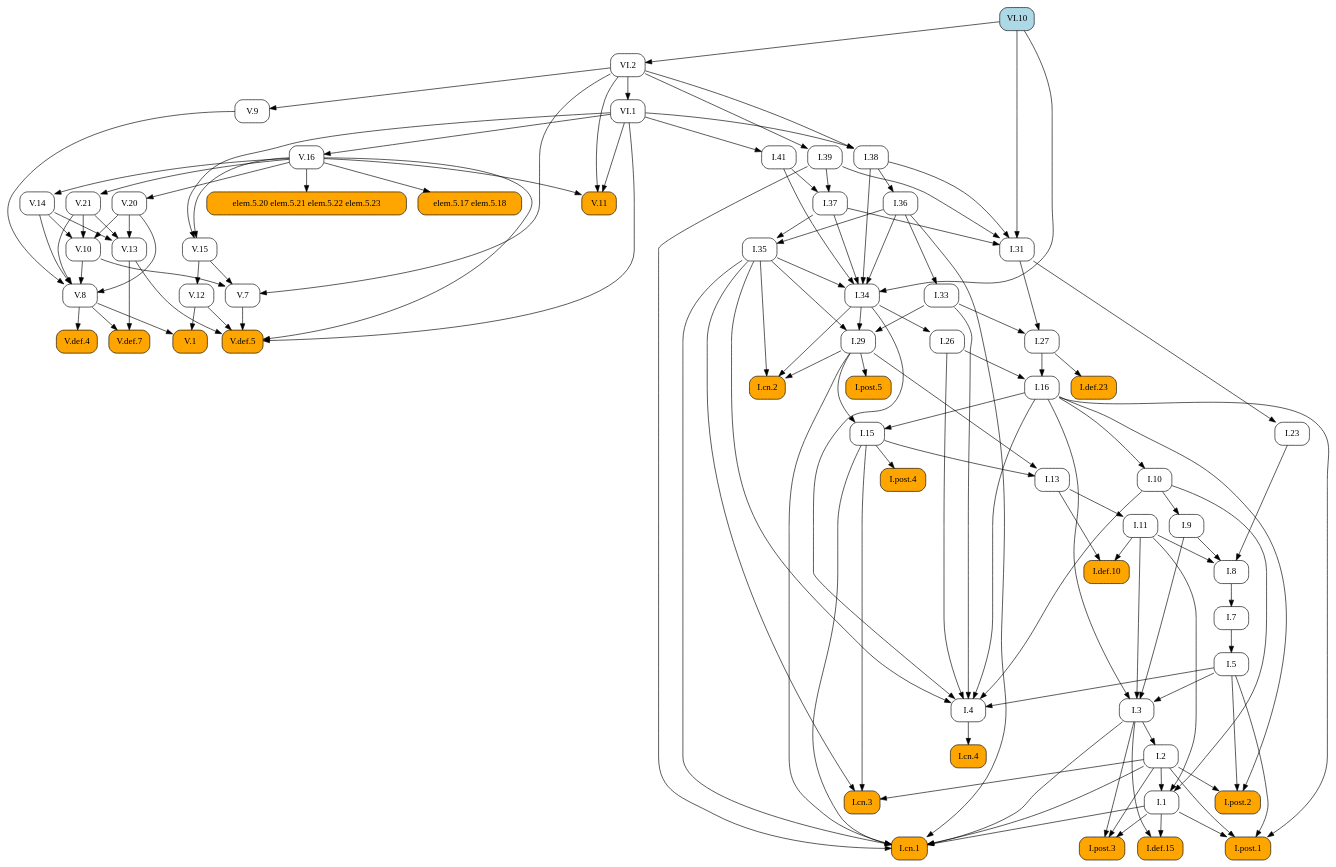
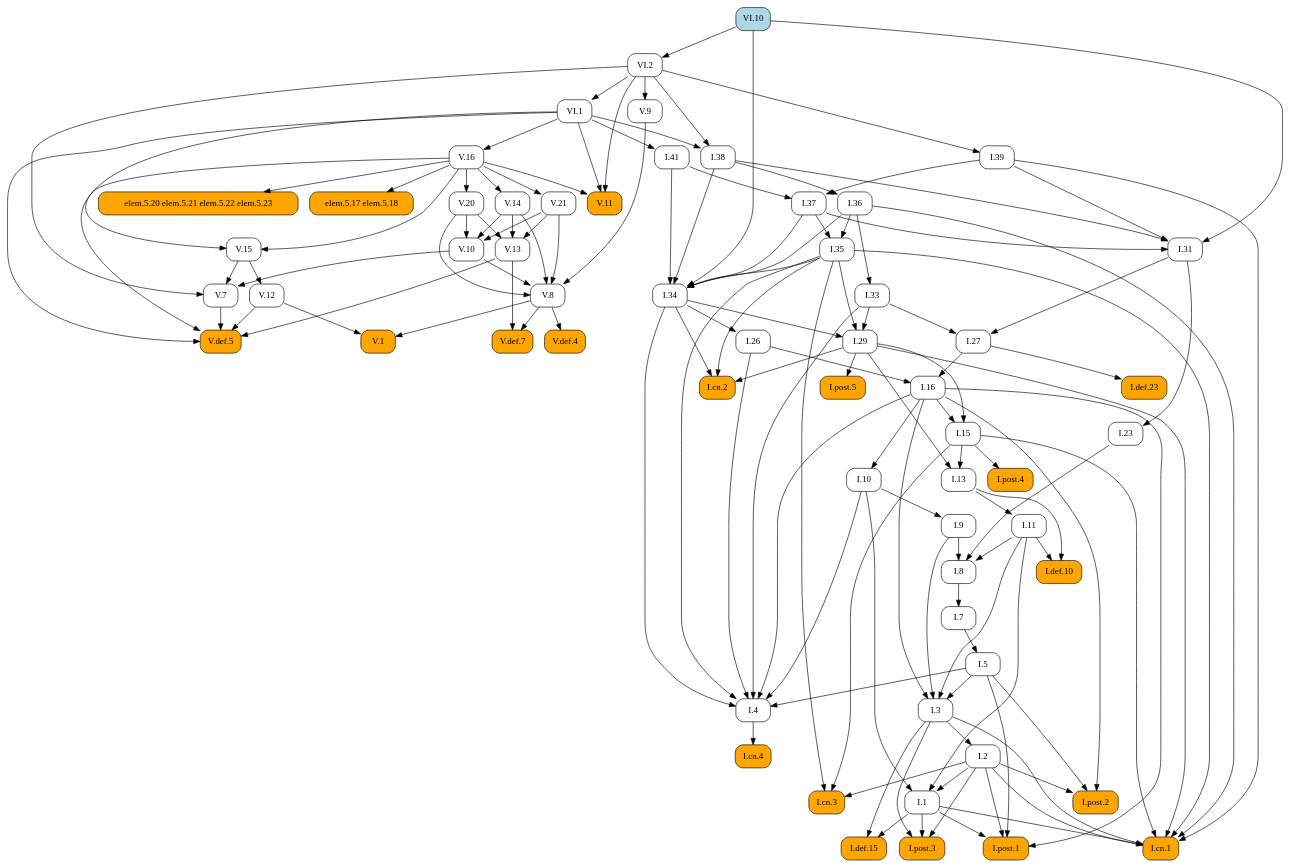
Before and after one commit to geometor/elements: the diagram in docsrc/heath/VI/10/index.rst, drawn with Graphviz. The commit also changed other lines of this file and 484 other files, not shown here.

```diff
--- a/docsrc/heath/VI/10/index.rst
+++ b/docsrc/heath/VI/10/index.rst
@@ -45,106 +45,123 @@
    digraph {
      rankdir="TB";
      node [shape=box, style=rounded];
-     "I.def.10" [style="rounded,filled", fillcolor=orange, URL="/heath/I/def.10/", target="_top"];
-     "I.11" [URL="/heath/I/11/", target="_top"];
-     "I.post.4" [style="rounded,filled", fillcolor=orange, URL="/heath/I/post.4/", target="_top"];
-     "I.1" [URL="/heath/I/1/", target="_top"];
-     "I.39" [URL="/heath/I/39/", target="_top"];
-     "I.26" [URL="/heath/I/26/", target="_top"];
-     "V.14" [URL="/heath/V/14/", target="_top"];
-     "I.29" [URL="/heath/I/29/", target="_top"];
-     "V.def.5" [style="rounded,filled", fillcolor=orange, URL="/heath/V/def.5/", target="_top"];
-     "V.12" [URL="/heath/V/12/", target="_top"];
-     "VI.10" [style="rounded,filled", fillcolor=lightblue, URL="/heath/VI/10/", target="_top"];
-     "I.cn.2" [style="rounded,filled", fillcolor=orange, URL="/heath/I/cn.2/", target="_top"];
-     "V.20" [URL="/heath/V/20/", target="_top"];
-     "V.10" [URL="/heath/V/10/", target="_top"];
-     "V.11" [style="rounded,filled", fillcolor=orange, URL="/heath/V/11/", target="_top"];
-     "VI.2" [URL="/heath/VI/2/", target="_top"];
-     "V.13" [URL="/heath/V/13/", target="_top"];
-     "I.def.15" [style="rounded,filled", fillcolor=orange, URL="/heath/I/def.15/", target="_top"];
-     "V.15" [URL="/heath/V/15/", target="_top"];
-     "VI.1" [URL="/heath/VI/1/", target="_top"];
-     "I.post.3" [style="rounded,filled", fillcolor=orange, URL="/heath/I/post.3/", target="_top"];
-     "I.cn.1" [style="rounded,filled", fillcolor=orange, URL="/heath/I/cn.1/", target="_top"];
-     "I.cn.3" [style="rounded,filled", fillcolor=orange, URL="/heath/I/cn.3/", target="_top"];
-     "V.7" [URL="/heath/V/7/", target="_top"];
-     "V.9" [URL="/heath/V/9/", target="_top"];
      "V.16" [URL="/heath/V/16/", target="_top"];
      "I.23" [URL="/heath/I/23/", target="_top"];
+     "I.9" [URL="/heath/I/9/", target="_top"];
+     "I.33" [URL="/heath/I/33/", target="_top"];
+     "I.def.15" [style="rounded,filled", fillcolor=orange, URL="/heath/I/def.15/", target="_top"];
+     "V.13" [URL="/heath/V/13/", target="_top"];
+     "V.7" [URL="/heath/V/7/", target="_top"];
+     "elem.5.17 elem.5.18" [style="rounded,filled", fillcolor=orange];
+     "I.post.3" [style="rounded,filled", fillcolor=orange, URL="/heath/I/post.3/", target="_top"];
      "I.post.1" [style="rounded,filled", fillcolor=orange, URL="/heath/I/post.1/", target="_top"];
+     "V.14" [URL="/heath/V/14/", target="_top"];
+     "V.def.5" [style="rounded,filled", fillcolor=orange, URL="/heath/V/def.5/", target="_top"];
+     "V.9" [URL="/heath/V/9/", target="_top"];
+     "I.31" [URL="/heath/I/31/", target="_top"];
+     "I.def.10" [style="rounded,filled", fillcolor=orange, URL="/heath/I/def.10/", target="_top"];
+     "V.10" [URL="/heath/V/10/", target="_top"];
+     "VI.1" [URL="/heath/VI/1/", target="_top"];
+     "I.27" [URL="/heath/I/27/", target="_top"];
+     "I.39" [URL="/heath/I/39/", target="_top"];
+     "V.20" [URL="/heath/V/20/", target="_top"];
+     "V.11" [style="rounded,filled", fillcolor=orange, URL="/heath/V/11/", target="_top"];
+     "I.34" [URL="/heath/I/34/", target="_top"];
+     "V.12" [URL="/heath/V/12/", target="_top"];
+     "I.3" [URL="/heath/I/3/", target="_top"];
+     "V.def.4" [style="rounded,filled", fillcolor=orange, URL="/heath/V/def.4/", target="_top"];
      "I.35" [URL="/heath/I/35/", target="_top"];
+     "I.cn.1" [style="rounded,filled", fillcolor=orange, URL="/heath/I/cn.1/", target="_top"];
+     "I.7" [URL="/heath/I/7/", target="_top"];
+     "V.def.7" [style="rounded,filled", fillcolor=orange, URL="/heath/V/def.7/", target="_top"];
+     "V.21" [URL="/heath/V/21/", target="_top"];
+     "I.2" [URL="/heath/I/2/", target="_top"];
+     "VI.10" [style="rounded,filled", fillcolor=lightblue, URL="/heath/VI/10/", target="_top"];
      "I.36" [URL="/heath/I/36/", target="_top"];
-     "I.27" [URL="/heath/I/27/", target="_top"];
+     "I.13" [URL="/heath/I/13/", target="_top"];
+     "I.post.4" [style="rounded,filled", fillcolor=orange, URL="/heath/I/post.4/", target="_top"];
+     "I.4" [URL="/heath/I/4/", target="_top"];
+     "I.1" [URL="/heath/I/1/", target="_top"];
+     "I.5" [URL="/heath/I/5/", target="_top"];
+     "I.8" [URL="/heath/I/8/", target="_top"];
+     "I.37" [URL="/heath/I/37/", target="_top"];
+     "I.29" [URL="/heath/I/29/", target="_top"];
+     "I.cn.3" [style="rounded,filled", fillcolor=orange, URL="/heath/I/cn.3/", target="_top"];
+     "I.16" [URL="/heath/I/16/", target="_top"];
+     "I.38" [URL="/heath/I/38/", target="_top"];
      "V.8" [URL="/heath/V/8/", target="_top"];
+     "I.15" [URL="/heath/I/15/", target="_top"];
+     "I.10" [URL="/heath/I/10/", target="_top"];
+     "I.11" [URL="/heath/I/11/", target="_top"];
+     "I.def.23" [style="rounded,filled", fillcolor=orange, URL="/heath/I/def.23/", target="_top"];
+     "V.1" [style="rounded,filled", fillcolor=orange, URL="/heath/V/1/", target="_top"];
+     "I.cn.2" [style="rounded,filled", fillcolor=orange, URL="/heath/I/cn.2/", target="_top"];
+     "I.post.5" [style="rounded,filled", fillcolor=orange, URL="/heath/I/post.5/", target="_top"];
+     "VI.2" [URL="/heath/VI/2/", target="_top"];
+     "I.cn.4" [style="rounded,filled", fillcolor=orange, URL="/heath/I/cn.4/", target="_top"];
      "I.41" [URL="/heath/I/41/", target="_top"];
-     "I.37" [URL="/heath/I/37/", target="_top"];
-     "I.34" [URL="/heath/I/34/", target="_top"];
-     "I.7" [URL="/heath/I/7/", target="_top"];
-     "I.3" [URL="/heath/I/3/", target="_top"];
-     "I.2" [URL="/heath/I/2/", target="_top"];
-     "I.4" [URL="/heath/I/4/", target="_top"];
-     "I.def.23" [style="rounded,filled", fillcolor=orange, URL="/heath/I/def.23/", target="_top"];
-     "I.13" [URL="/heath/I/13/", target="_top"];
-     "I.33" [URL="/heath/I/33/", target="_top"];
-     "I.31" [URL="/heath/I/31/", target="_top"];
+     "V.15" [URL="/heath/V/15/", target="_top"];
      "I.post.2" [style="rounded,filled", fillcolor=orange, URL="/heath/I/post.2/", target="_top"];
-     "V.1" [style="rounded,filled", fillcolor=orange, URL="/heath/V/1/", target="_top"];
-     "I.16" [URL="/heath/I/16/", target="_top"];
+     "I.26" [URL="/heath/I/26/", target="_top"];
      "elem.5.20 elem.5.21 elem.5.22 elem.5.23" [style="rounded,filled", fillcolor=orange];
-     "elem.5.17 elem.5.18" [style="rounded,filled", fillcolor=orange];
-     "I.9" [URL="/heath/I/9/", target="_top"];
-     "I.8" [URL="/heath/I/8/", target="_top"];
-     "I.cn.4" [style="rounded,filled", fillcolor=orange, URL="/heath/I/cn.4/", target="_top"];
-     "V.def.4" [style="rounded,filled", fillcolor=orange, URL="/heath/V/def.4/", target="_top"];
-     "I.15" [URL="/heath/I/15/", target="_top"];
-     "I.post.5" [style="rounded,filled", fillcolor=orange, URL="/heath/I/post.5/", target="_top"];
-     "I.38" [URL="/heath/I/38/", target="_top"];
-     "V.def.7" [style="rounded,filled", fillcolor=orange, URL="/heath/V/def.7/", target="_top"];
-     "I.10" [URL="/heath/I/10/", target="_top"];
-     "I.5" [URL="/heath/I/5/", target="_top"];
-     "V.21" [URL="/heath/V/21/", target="_top"];
-     "I.11" -> "I.def.10";
-     "I.13" -> "I.def.10";
-     "I.13" -> "I.11";
-     "I.15" -> "I.post.4";
-     "I.2" -> "I.1";
-     "I.10" -> "I.1";
-     "I.11" -> "I.1";
-     "VI.2" -> "I.39";
-     "I.34" -> "I.26";
+     "VI.1" -> "V.16";
+     "I.31" -> "I.23";
+     "I.10" -> "I.9";
+     "I.36" -> "I.33";
+     "I.1" -> "I.def.15";
+     "I.3" -> "I.def.15";
+     "V.14" -> "V.13";
+     "V.20" -> "V.13";
+     "V.21" -> "V.13";
+     "V.10" -> "V.7";
+     "V.15" -> "V.7";
+     "VI.2" -> "V.7";
+     "V.16" -> "elem.5.17 elem.5.18";
+     "I.1" -> "I.post.3";
+     "I.2" -> "I.post.3";
+     "I.3" -> "I.post.3";
+     "I.1" -> "I.post.1";
+     "I.2" -> "I.post.1";
+     "I.5" -> "I.post.1";
+     "I.16" -> "I.post.1";
      "V.16" -> "V.14";
-     "I.33" -> "I.29";
-     "I.34" -> "I.29";
-     "I.35" -> "I.29";
      "V.7" -> "V.def.5";
      "V.12" -> "V.def.5";
      "V.13" -> "V.def.5";
      "V.16" -> "V.def.5";
      "VI.1" -> "V.def.5";
-     "V.15" -> "V.12";
-     "I.29" -> "I.cn.2";
-     "I.34" -> "I.cn.2";
-     "I.35" -> "I.cn.2";
-     "V.16" -> "V.20";
+     "VI.2" -> "V.9";
+     "I.37" -> "I.31";
+     "I.38" -> "I.31";
+     "I.39" -> "I.31";
+     "VI.10" -> "I.31";
+     "I.11" -> "I.def.10";
+     "I.13" -> "I.def.10";
      "V.14" -> "V.10";
      "V.20" -> "V.10";
      "V.21" -> "V.10";
+     "VI.2" -> "VI.1";
+     "I.31" -> "I.27";
+     "I.33" -> "I.27";
+     "VI.2" -> "I.39";
+     "V.16" -> "V.20";
      "V.16" -> "V.11";
      "VI.1" -> "V.11";
      "VI.2" -> "V.11";
-     "VI.10" -> "VI.2";
-     "V.14" -> "V.13";
-     "V.20" -> "V.13";
-     "V.21" -> "V.13";
-     "I.1" -> "I.def.15";
-     "I.3" -> "I.def.15";
-     "V.16" -> "V.15";
-     "VI.1" -> "V.15";
-     "VI.2" -> "VI.1";
-     "I.1" -> "I.post.3";
-     "I.2" -> "I.post.3";
-     "I.3" -> "I.post.3";
+     "I.35" -> "I.34";
+     "I.36" -> "I.34";
+     "I.37" -> "I.34";
+     "I.38" -> "I.34";
+     "I.41" -> "I.34";
+     "VI.10" -> "I.34";
+     "V.15" -> "V.12";
+     "I.5" -> "I.3";
+     "I.9" -> "I.3";
+     "I.11" -> "I.3";
+     "I.16" -> "I.3";
+     "V.8" -> "V.def.4";
+     "I.36" -> "I.35";
+     "I.37" -> "I.35";
      "I.1" -> "I.cn.1";
      "I.2" -> "I.cn.1";
      "I.3" -> "I.cn.1";
@@ -153,44 +170,15 @@
      "I.35" -> "I.cn.1";
      "I.36" -> "I.cn.1";
      "I.39" -> "I.cn.1";
-     "I.2" -> "I.cn.3";
-     "I.15" -> "I.cn.3";
-     "I.35" -> "I.cn.3";
-     "V.10" -> "V.7";
-     "V.15" -> "V.7";
-     "VI.2" -> "V.7";
-     "VI.2" -> "V.9";
-     "VI.1" -> "V.16";
-     "I.31" -> "I.23";
-     "I.1" -> "I.post.1";
-     "I.2" -> "I.post.1";
-     "I.5" -> "I.post.1";
-     "I.16" -> "I.post.1";
-     "I.36" -> "I.35";
-     "I.37" -> "I.35";
+     "I.8" -> "I.7";
+     "V.8" -> "V.def.7";
+     "V.13" -> "V.def.7";
+     "V.16" -> "V.21";
+     "I.3" -> "I.2";
      "I.38" -> "I.36";
-     "I.31" -> "I.27";
-     "I.33" -> "I.27";
-     "V.9" -> "V.8";
-     "V.10" -> "V.8";
-     "V.14" -> "V.8";
-     "V.20" -> "V.8";
-     "V.21" -> "V.8";
-     "VI.1" -> "I.41";
-     "I.39" -> "I.37";
-     "I.41" -> "I.37";
-     "I.35" -> "I.34";
-     "I.36" -> "I.34";
-     "I.37" -> "I.34";
-     "I.38" -> "I.34";
-     "I.41" -> "I.34";
-     "VI.10" -> "I.34";
-     "I.8" -> "I.7";
-     "I.5" -> "I.3";
-     "I.9" -> "I.3";
-     "I.11" -> "I.3";
-     "I.16" -> "I.3";
-     "I.3" -> "I.2";
+     "I.15" -> "I.13";
+     "I.29" -> "I.13";
+     "I.15" -> "I.post.4";
      "I.5" -> "I.4";
      "I.10" -> "I.4";
      "I.16" -> "I.4";
@@ -198,37 +186,49 @@
      "I.33" -> "I.4";
      "I.34" -> "I.4";
      "I.35" -> "I.4";
+     "I.2" -> "I.1";
+     "I.10" -> "I.1";
+     "I.11" -> "I.1";
+     "I.7" -> "I.5";
+     "I.9" -> "I.8";
+     "I.11" -> "I.8";
+     "I.23" -> "I.8";
+     "I.39" -> "I.37";
+     "I.41" -> "I.37";
+     "I.33" -> "I.29";
+     "I.34" -> "I.29";
+     "I.35" -> "I.29";
+     "I.2" -> "I.cn.3";
+     "I.15" -> "I.cn.3";
+     "I.35" -> "I.cn.3";
+     "I.26" -> "I.16";
+     "I.27" -> "I.16";
+     "VI.1" -> "I.38";
+     "VI.2" -> "I.38";
+     "V.9" -> "V.8";
+     "V.10" -> "V.8";
+     "V.14" -> "V.8";
+     "V.20" -> "V.8";
+     "V.21" -> "V.8";
+     "I.16" -> "I.15";
+     "I.29" -> "I.15";
+     "I.16" -> "I.10";
+     "I.13" -> "I.11";
      "I.27" -> "I.def.23";
-     "I.15" -> "I.13";
-     "I.29" -> "I.13";
-     "I.36" -> "I.33";
-     "I.37" -> "I.31";
-     "I.38" -> "I.31";
-     "I.39" -> "I.31";
-     "VI.10" -> "I.31";
+     "V.8" -> "V.1";
+     "V.12" -> "V.1";
+     "I.29" -> "I.cn.2";
+     "I.34" -> "I.cn.2";
+     "I.35" -> "I.cn.2";
+     "I.29" -> "I.post.5";
+     "VI.10" -> "VI.2";
+     "I.4" -> "I.cn.4";
+     "VI.1" -> "I.41";
+     "V.16" -> "V.15";
+     "VI.1" -> "V.15";
      "I.2" -> "I.post.2";
      "I.5" -> "I.post.2";
      "I.16" -> "I.post.2";
-     "V.8" -> "V.1";
-     "V.12" -> "V.1";
-     "I.26" -> "I.16";
-     "I.27" -> "I.16";
+     "I.34" -> "I.26";
      "V.16" -> "elem.5.20 elem.5.21 elem.5.22 elem.5.23";
-     "V.16" -> "elem.5.17 elem.5.18";
-     "I.10" -> "I.9";
-     "I.9" -> "I.8";
-     "I.11" -> "I.8";
-     "I.23" -> "I.8";
-     "I.4" -> "I.cn.4";
-     "V.8" -> "V.def.4";
-     "I.16" -> "I.15";
-     "I.29" -> "I.15";
-     "I.29" -> "I.post.5";
-     "VI.1" -> "I.38";
-     "VI.2" -> "I.38";
-     "V.8" -> "V.def.7";
-     "V.13" -> "V.def.7";
-     "I.16" -> "I.10";
-     "I.7" -> "I.5";
-     "V.16" -> "V.21";
    }
```
